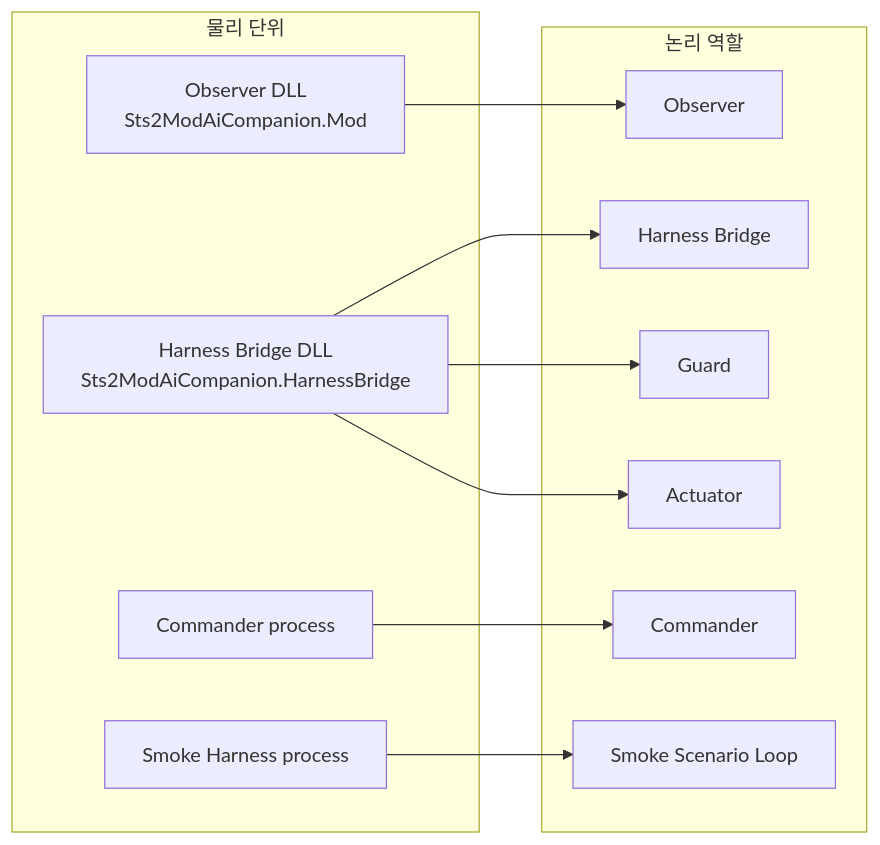
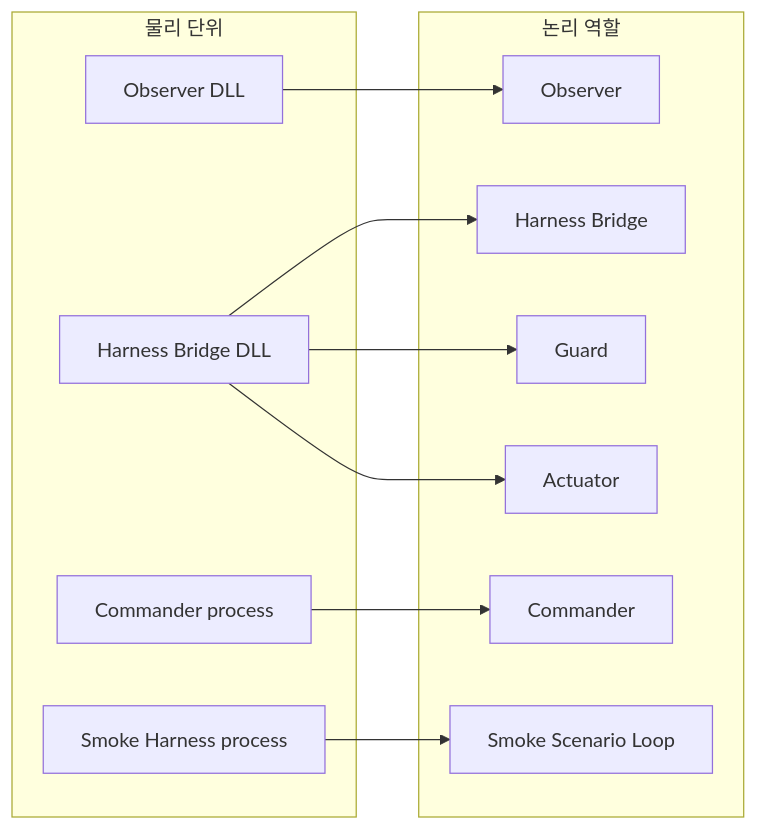
Before and after one commit to jidon333/STS2_Mod_AI_Companion: the third of 4 diagrams in docs/development/05-harness/HARNESS_LAYER_ARCHITECTURE.md, drawn with Mermaid. The commit also changed other lines of this file, not shown here.

Commit message:
Shorten harness diagram labels and name DLL outputs

````diff
--- a/docs/development/05-harness/HARNESS_LAYER_ARCHITECTURE.md
+++ b/docs/development/05-harness/HARNESS_LAYER_ARCHITECTURE.md
@@ -100,25 +100,25 @@
 ```mermaid
 flowchart LR
   subgraph PHYSICAL["물리 단위"]
-    P1["Observer DLL\nSts2ModAiCompanion.Mod"]
-    P2["Harness Bridge DLL\nSts2ModAiCompanion.HarnessBridge"]
+    P1["Observer DLL"]
+    P2["Harness Bridge DLL"]
     P3["Commander process"]
     P4["Smoke Harness process"]
   end
 
   subgraph LOGICAL["논리 역할"]
     L1["Observer"]
     L2["Harness Bridge"]
     L3["Guard"]
     L4["Actuator"]
     L5["Commander"]
     L6["Smoke Scenario Loop"]
   end
 
   P1 --> L1
   P2 --> L2
   P2 --> L3
   P2 --> L4
   P3 --> L5
   P4 --> L6
 ```
````
